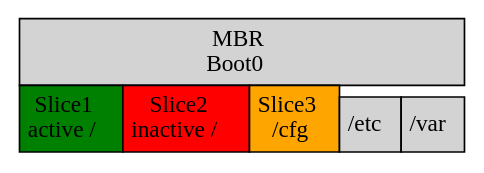
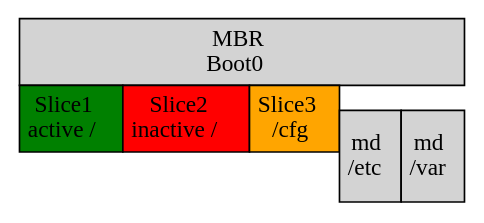
The diagram in pic/disklayout.gv (omussell/homelab), drawn with Graphviz before and after one commit. The commit also changed 1 other file, not shown here.

```diff
--- a/pic/disklayout.gv
+++ b/pic/disklayout.gv
@@ -1,17 +1,17 @@
 digraph disklayout {
 	abc [shape=none, margin=0, label=<
 	<TABLE BORDER="0" CELLBORDER="1" CELLSPACING="0" CELLPADDING="4">
 		<TR>
 			<TD COLSPAN="6" BGCOLOR="lightgrey">MBR<BR/>Boot0</TD>
 		</TR>
 		<TR>
 			<TD ROWSPAN="2" BGCOLOR="green">Slice1<BR/>active /</TD>
 			<TD ROWSPAN="2" BGCOLOR="red">Slice2<BR/>inactive /</TD>
 			<TD ROWSPAN="2" BGCOLOR="orange">Slice3<BR/>/cfg</TD>
 		</TR>
 		<TR>
-			<TD ROWSPAN="3" BGCOLOR="lightgrey">/etc</TD>
-			<TD ROWSPAN="3" BGCOLOR="lightgrey">/var</TD>
+			<TD ROWSPAN="3" BGCOLOR="lightgrey">md<BR/>/etc</TD>
+			<TD ROWSPAN="3" BGCOLOR="lightgrey">md<BR/>/var</TD>
 		</TR>
 	</TABLE>>];
 }
```
